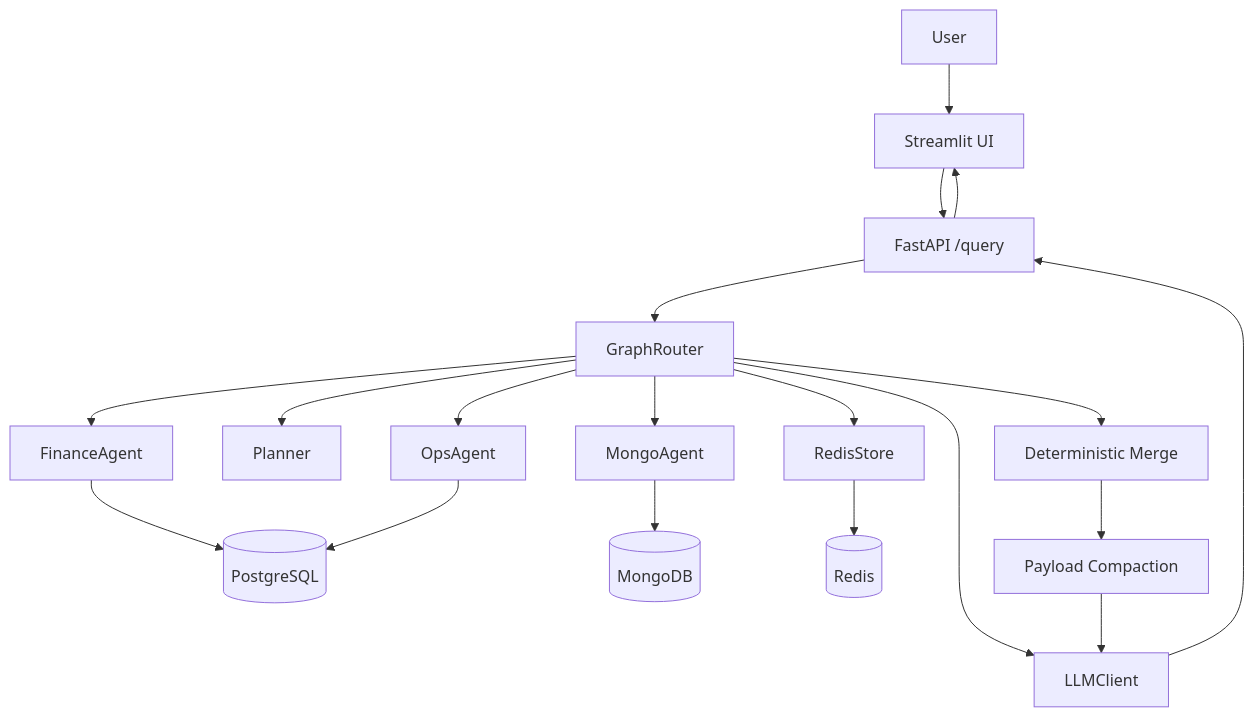
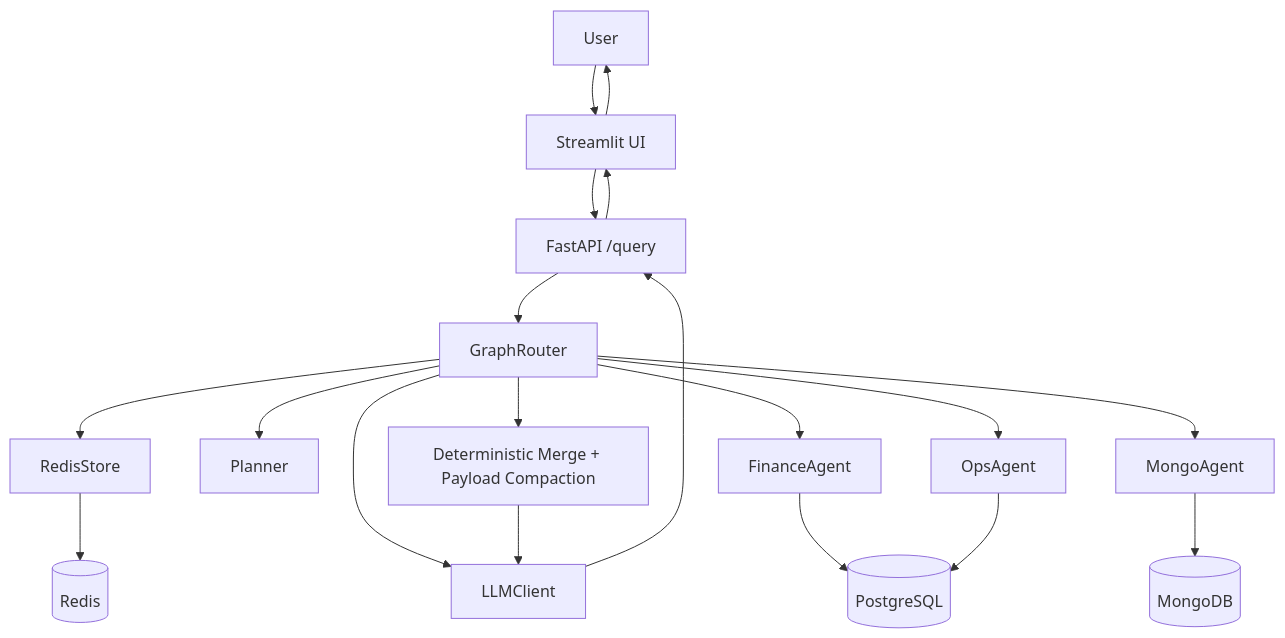
Before and after one commit to VaddeVignesh/kai-agent-amogh-fastapi: the first of 2 diagrams in docs/HIGH_LEVEL_ARCHITECTURE.md, drawn with Mermaid. The commit also changed other lines of this file and 18 other files, not shown here.

````diff
--- a/docs/HIGH_LEVEL_ARCHITECTURE.md
+++ b/docs/HIGH_LEVEL_ARCHITECTURE.md
@@ -48,24 +58,25 @@
 ```mermaid
 flowchart TD
-    U[User] --> S[Streamlit UI]
-    S --> A[FastAPI /query]
-    A --> G[GraphRouter]
+    U[User] --> UI[Streamlit UI]
+    UI --> API[FastAPI /query]
 
-    G --> R[RedisStore]
-    G --> P[Planner]
-    G --> L[LLMClient]
-    G --> FA[FinanceAgent]
-    G --> OA[OpsAgent]
-    G --> MA[MongoAgent]
+    API --> GR[GraphRouter]
+
+    GR --> RS[RedisStore]
+    GR --> PL[Planner]
+    GR --> LLM[LLMClient]
+    GR --> FA[FinanceAgent]
+    GR --> OA[OpsAgent]
+    GR --> MA[MongoAgent]
 
     FA --> PG[(PostgreSQL)]
     OA --> PG
     MA --> MG[(MongoDB)]
-    R --> RS[(Redis)]
+    RS --> RD[(Redis)]
 
-    G --> M[Deterministic Merge]
-    M --> C[Payload Compaction]
-    C --> L
-    L --> A
-    A --> S
+    GR --> MERGE[Deterministic Merge + Payload Compaction]
+    MERGE --> LLM
+    LLM --> API
+    API --> UI
+    UI --> U
 ```
````
